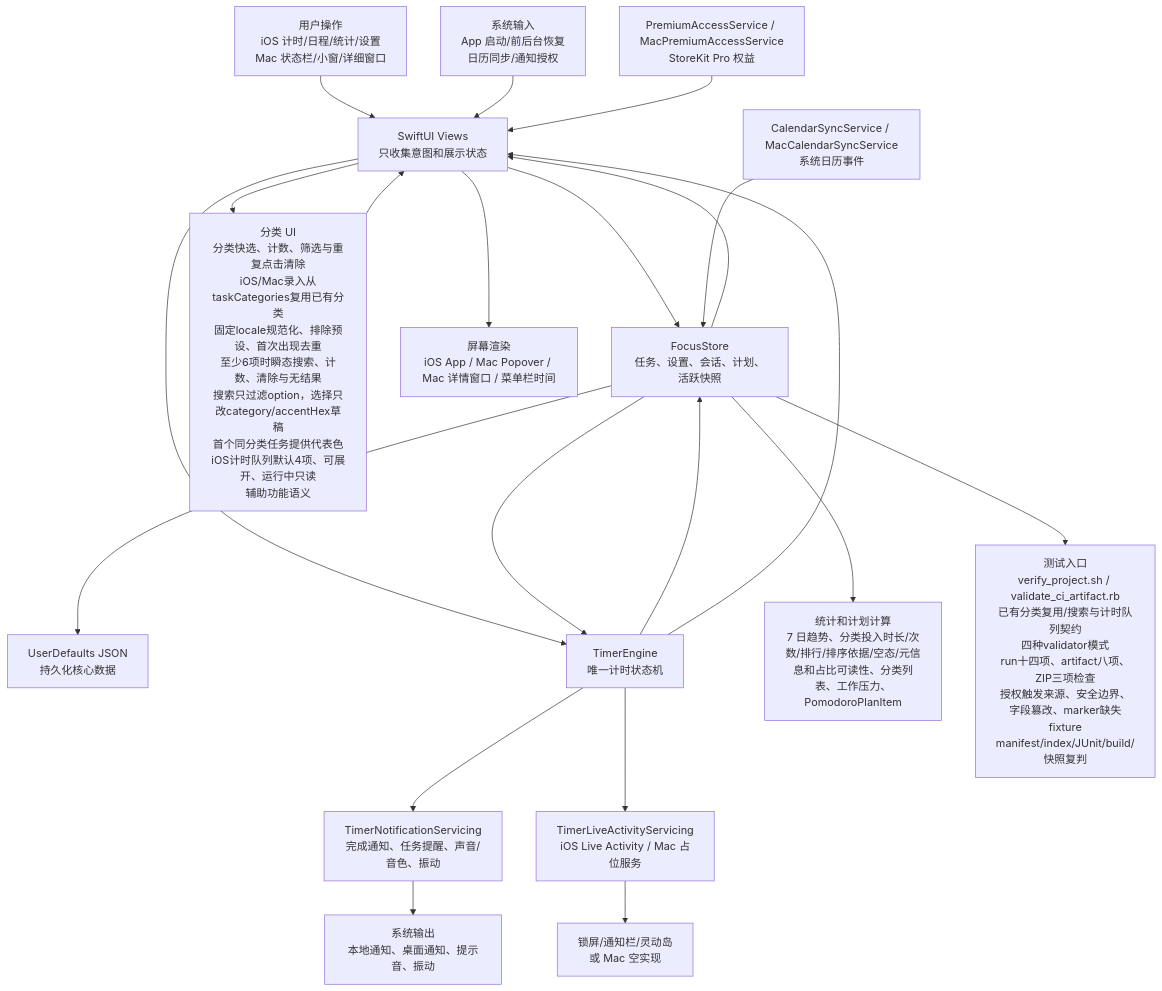
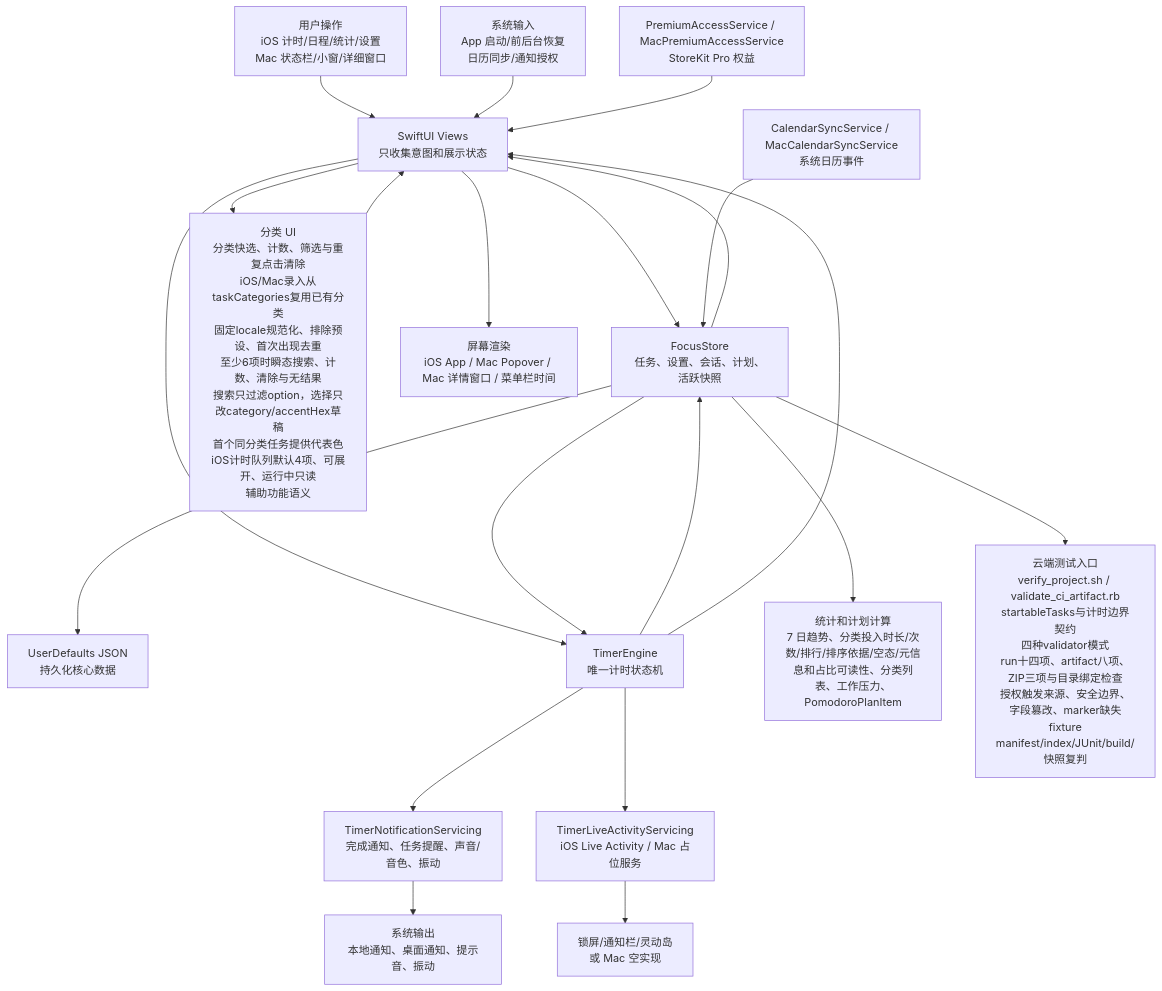
One commit to Altman-sam114/114 changed the first of 6 diagrams in md/flow/flowchart.md. Above: the diagram before and after it, drawn with Mermaid. The commit also changed other lines of this file and 16 other files, not shown here.

````diff
--- a/md/flow/flowchart.md
+++ b/md/flow/flowchart.md
@@ -9,23 +9,23 @@
 ```mermaid
 flowchart TD
   U["用户操作<br/>iOS 计时/日程/统计/设置<br/>Mac 状态栏/小窗/详细窗口"] --> V["SwiftUI Views<br/>只收集意图和展示状态"]
   SYS["系统输入<br/>App 启动/前后台恢复<br/>日历同步/通知授权"] --> V
   V --> S["FocusStore<br/>任务、设置、会话、计划、活跃快照"]
   V --> CAT["分类 UI<br/>分类快选、计数、筛选与重复点击清除<br/>iOS/Mac录入从taskCategories复用已有分类<br/>固定locale规范化、排除预设、首次出现去重<br/>至少6项时瞬态搜索、计数、清除与无结果<br/>搜索只过滤option，选择只改category/accentHex草稿<br/>首个同分类任务提供代表色<br/>iOS计时队列默认4项、可展开、运行中只读<br/>辅助功能语义"]
   CAT --> V
   S --> P["UserDefaults JSON<br/>持久化核心数据"]
   V --> E["TimerEngine<br/>唯一计时状态机"]
   S --> E
   E --> S
   E --> N["TimerNotificationServicing<br/>完成通知、任务提醒、声音/音色、振动"]
   E --> L["TimerLiveActivityServicing<br/>iOS Live Activity / Mac 占位服务"]
   S --> C["统计和计划计算<br/>7 日趋势、分类投入时长/次数/排行/排序依据/空态/元信息和占比可读性、分类列表、工作压力、PomodoroPlanItem"]
   CAL["CalendarSyncService / MacCalendarSyncService<br/>系统日历事件"] --> S
   PRO["PremiumAccessService / MacPremiumAccessService<br/>StoreKit Pro 权益"] --> V
   S --> V
   E --> V
   V --> OUT["屏幕渲染<br/>iOS App / Mac Popover / Mac 详情窗口 / 菜单栏时间"]
   N --> OUT2["系统输出<br/>本地通知、桌面通知、提示音、振动"]
   L --> OUT3["锁屏/通知栏/灵动岛<br/>或 Mac 空实现"]
-  S --> T["测试入口<br/>verify_project.sh / validate_ci_artifact.rb<br/>已有分类复用/搜索与计时队列契约<br/>四种validator模式<br/>run十四项、artifact八项、ZIP三项检查<br/>授权触发来源、安全边界、字段篡改、marker缺失fixture<br/>manifest/index/JUnit/build/快照复判"]
+  S --> T["云端测试入口<br/>verify_project.sh / validate_ci_artifact.rb<br/>startableTasks与计时边界契约<br/>四种validator模式<br/>run十四项、artifact八项、ZIP三项与目录绑定检查<br/>授权触发来源、安全边界、字段篡改、marker缺失fixture<br/>manifest/index/JUnit/build/快照复判"]
 ```
````
